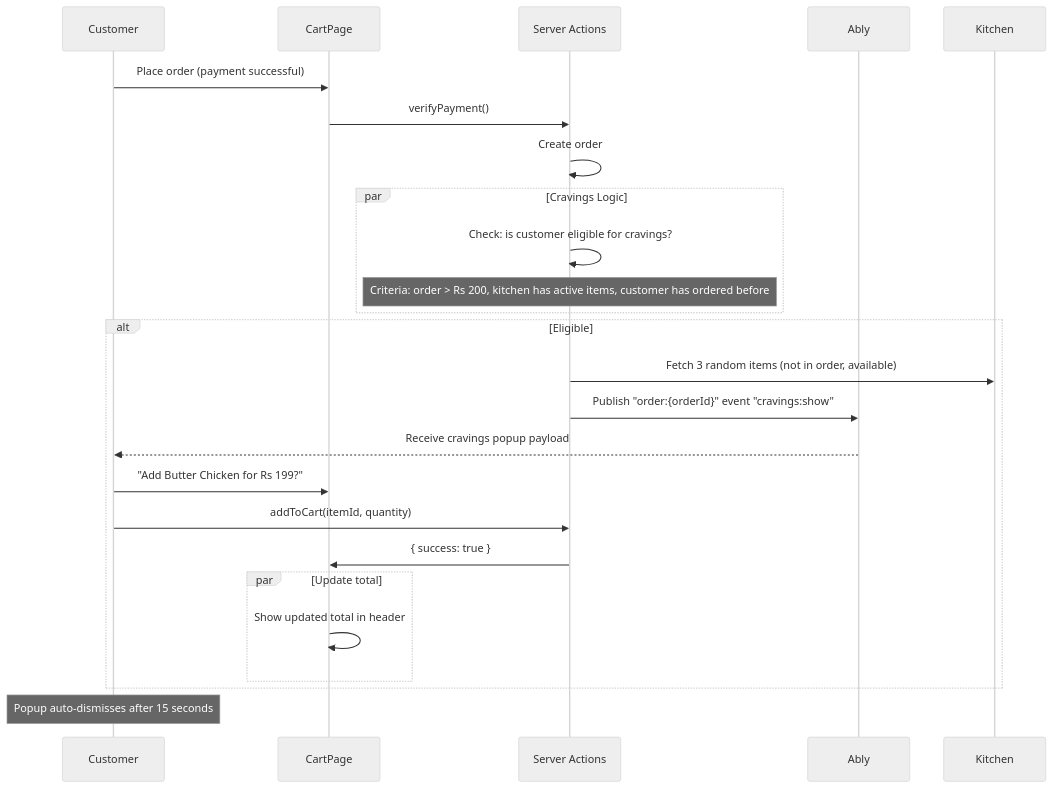
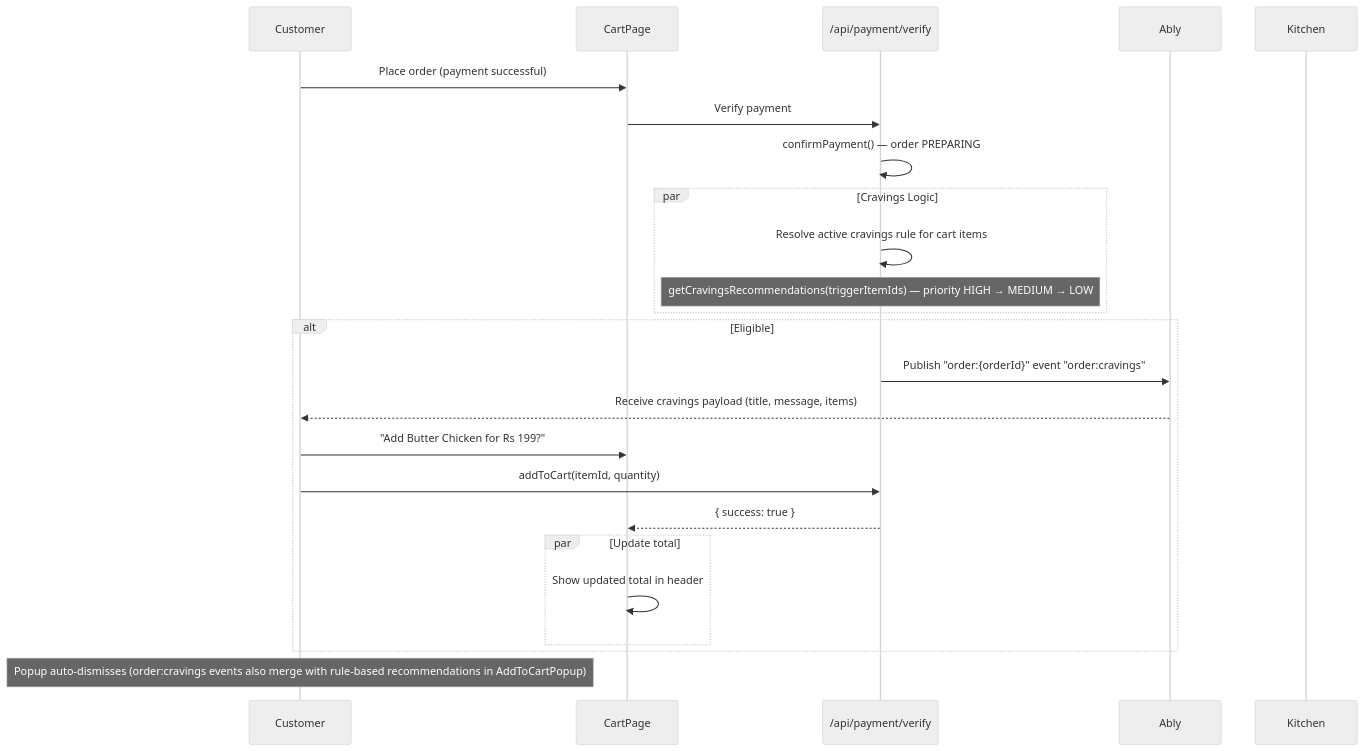
The third of 3 diagrams in docs/09-real-time-system.md (dharshan47/rrckitchen), drawn with Mermaid (neutral theme) before and after one commit. The commit also changed other lines of this file and 462 other files, not shown here.

````diff
--- a/docs/09-real-time-system.md
+++ b/docs/09-real-time-system.md
@@ -315,33 +284,32 @@
 ```mermaid
 sequenceDiagram
     participant Customer
     participant CartPage
-    participant Action as Server Actions
+    participant API as /api/payment/verify
     participant Ably
     participant Kitchen
 
     Customer->>CartPage: Place order (payment successful)
-    CartPage->>Action: verifyPayment()
-    Action->>Action: Create order
+    CartPage->>API: Verify payment
+    API->>API: confirmPayment() — order PREPARING
 
     par Cravings Logic
-        Action->>Action: Check: is customer eligible for cravings?
-        Note over Action: Criteria: order > Rs 200, kitchen has active items, customer has ordered before
+        API->>API: Resolve active cravings rule for cart items
+        Note over API: getCravingsRecommendations(triggerItemIds) — priority HIGH → MEDIUM → LOW
     end
 
     alt Eligible
-        Action->>Kitchen: Fetch 3 random items (not in order, available)
-        Action->>Ably: Publish "order:{orderId}" event "cravings:show"
-        Ably-->>Customer: Receive cravings popup payload
+        API->>Ably: Publish "order:{orderId}" event "order:cravings"
+        Ably-->>Customer: Receive cravings payload (title, message, items)
 
         Customer->>CartPage: "Add Butter Chicken for Rs 199?"
-        Customer->>Action: addToCart(itemId, quantity)
-        Action->>CartPage: { success: true }
+        Customer->>API: addToCart(itemId, quantity)
+        API-->>CartPage: { success: true }
 
         par Update total
             CartPage->>CartPage: Show updated total in header
         end
     end
 
-    Note over Customer: Popup auto-dismisses after 15 seconds
+    Note over Customer: Popup auto-dismisses (order:cravings events also merge with rule-based recommendations in AddToCartPopup)
 ```
````
